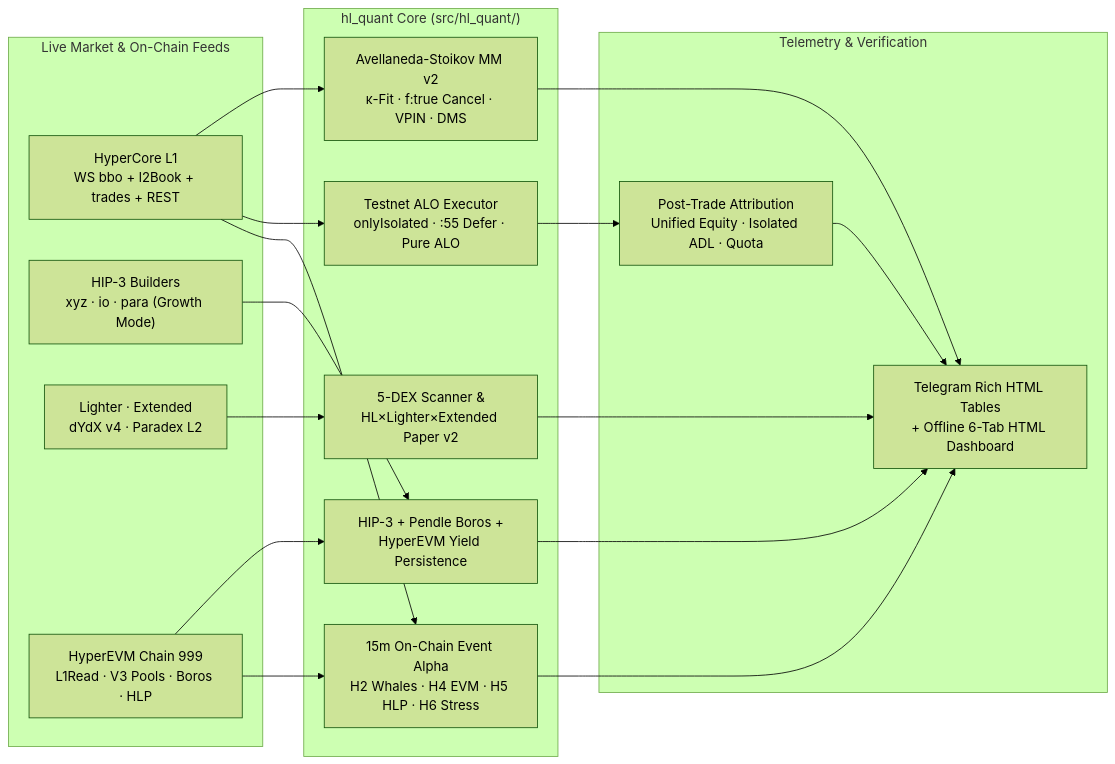
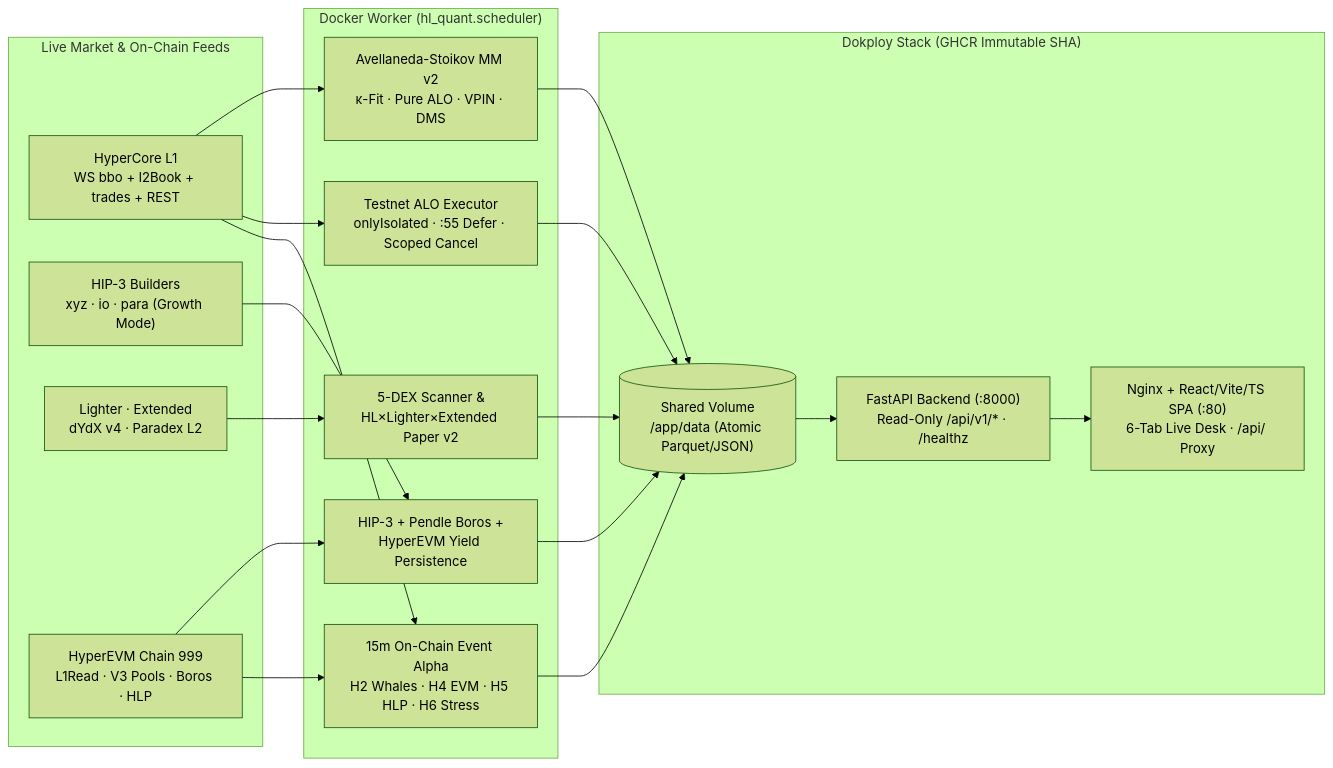
Before and after one commit to KonstantinRogozhkin/hyperliquid-quant-defi: the diagram in README.md, drawn with Mermaid (forest theme). The commit also changed other lines of this file and 10 other files, not shown here.

Commit message:
feat(desk): add open positions, ADL & audit tables to API/SPA and sync 10-page Wiki (#4)

````diff
--- a/README.md
+++ b/README.md
@@ -42,30 +42,32 @@
 ```mermaid
 flowchart LR
     subgraph Feeds["Live Market & On-Chain Feeds"]
         HL["HyperCore L1<br/>WS bbo + l2Book + trades + REST"]
         HIP3["HIP-3 Builders<br/>xyz · io · para (Growth Mode)"]
         DEX5["Lighter · Extended<br/>dYdX v4 · Paradex L2"]
         EVM["HyperEVM Chain 999<br/>L1Read · V3 Pools · Boros · HLP"]
     end
 
-    subgraph Engine["hl_quant Core (src/hl_quant/)"]
-        MM["Avellaneda-Stoikov MM v2<br/>κ-Fit · f:true Cancel · VPIN · DMS"]
-        EXEC["Testnet ALO Executor<br/>onlyIsolated · :55 Defer · Pure ALO"]
+    subgraph Worker["Docker Worker (hl_quant.scheduler)"]
+        MM["Avellaneda-Stoikov MM v2<br/>κ-Fit · Pure ALO · VPIN · DMS"]
+        EXEC["Testnet ALO Executor<br/>onlyIsolated · :55 Defer · Scoped Cancel"]
         CDEX["5-DEX Scanner &<br/>HL×Lighter×Extended Paper v2"]
         FRONT["HIP-3 + Pendle Boros +<br/>HyperEVM Yield Persistence"]
         EVENT["15m On-Chain Event Alpha<br/>H2 Whales · H4 EVM · H5 HLP · H6 Stress"]
     end
 
-    subgraph Ops["Telemetry & Verification"]
-        ATTR["Post-Trade Attribution<br/>Unified Equity · Isolated ADL · Quota"]
-        DASH["Telegram Rich HTML Tables<br/>+ Offline 6-Tab HTML Dashboard"]
+    subgraph Web["Dokploy Stack (GHCR Immutable SHA)"]
+        VOL[("Shared Volume<br/>/app/data (Atomic Parquet/JSON)")]
+        API["FastAPI Backend (:8000)<br/>Read-Only /api/v1/* · /healthz"]
+        SPA["Nginx + React/Vite/TS SPA (:80)<br/>6-Tab Live Desk · /api/ Proxy"]
     end
 
-    HL --> MM --> DASH
-    HL --> EXEC --> ATTR --> DASH
-    DEX5 --> CDEX --> DASH
-    HIP3 --> FRONT --> DASH
+    HL --> MM --> VOL
+    HL --> EXEC --> VOL
+    DEX5 --> CDEX --> VOL
+    HIP3 --> FRONT --> VOL
     EVM --> FRONT
-    EVM --> EVENT --> DASH
+    EVM --> EVENT --> VOL
     HL --> EVENT
+    VOL --> API --> SPA
 ```
````
